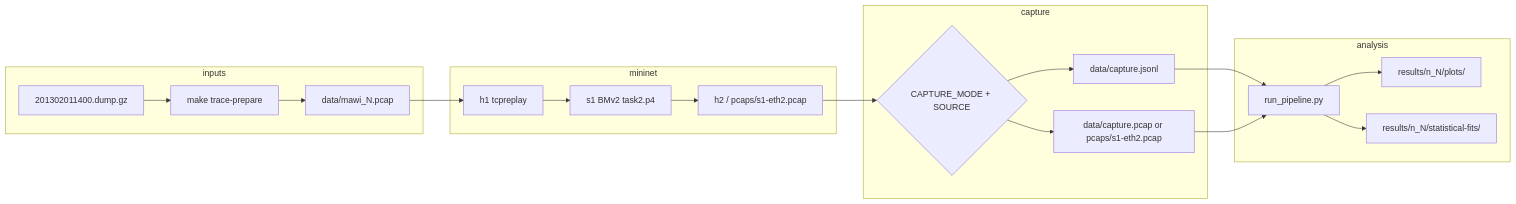
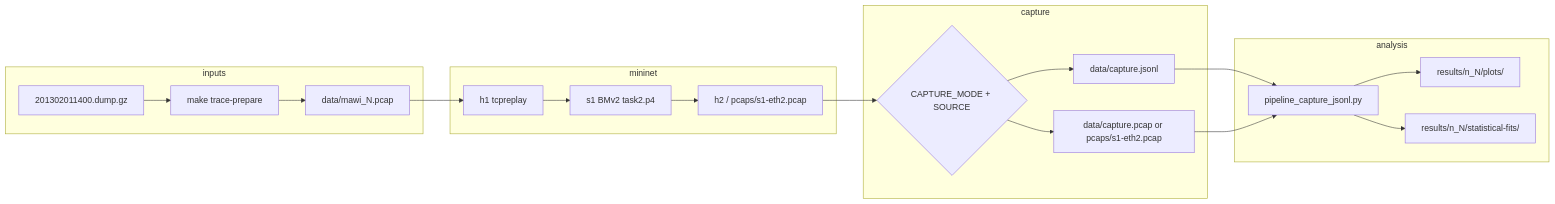
The diagram in task2/README.md (Ali-Yazdanpanah/MAWI-traffic-analysis), drawn with Mermaid before and after one commit. The commit also changed other lines of this file and 876 other files, not shown here.

````diff
--- a/task2/README.md
+++ b/task2/README.md
@@ -56,27 +56,27 @@
 ```mermaid
 flowchart LR
   subgraph inputs
     GZ["201302011400.dump.gz"]
     GZ --> PREP["make trace-prepare"]
     PREP --> REPLAY["data/mawi_N.pcap"]
   end
 
   subgraph mininet
     REPLAY --> H1["h1 tcpreplay"]
     H1 --> S1["s1 BMv2 task2.p4"]
     S1 --> H2["h2 / pcaps/s1-eth2.pcap"]
   end
 
   subgraph capture
     H2 --> CAP{"CAPTURE_MODE + SOURCE"}
     CAP --> JSONL["data/capture.jsonl"]
     CAP --> PCAP["data/capture.pcap or pcaps/s1-eth2.pcap"]
   end
 
   subgraph analysis
-    JSONL --> PIPE["run_pipeline.py"]
+    JSONL --> PIPE["pipeline_capture_jsonl.py"]
     PCAP --> PIPE
     PIPE --> PLOTS["results/n_N/plots/"]
     PIPE --> FITS["results/n_N/statistical-fits/"]
   end
 ```
````
